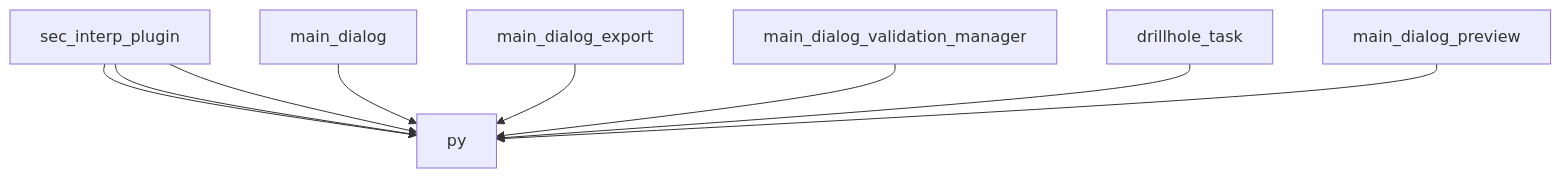
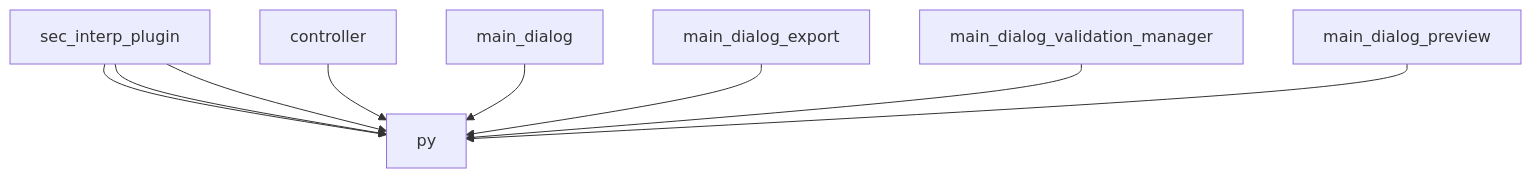
The diagram in AI_CONTEXT.md (geociencio/sec_interp), drawn with Mermaid before and after one commit. The commit also changed other lines of this file and 12 other files, not shown here.

````diff
--- a/AI_CONTEXT.md
+++ b/AI_CONTEXT.md
@@ -115,11 +115,11 @@
 ```mermaid
 graph TD
     sec_interp_plugin --> py
     sec_interp_plugin --> py
     sec_interp_plugin --> py
+    controller --> py
     main_dialog --> py
     main_dialog_export --> py
     main_dialog_validation_manager --> py
-    drillhole_task --> py
     main_dialog_preview --> py
 ```
````
